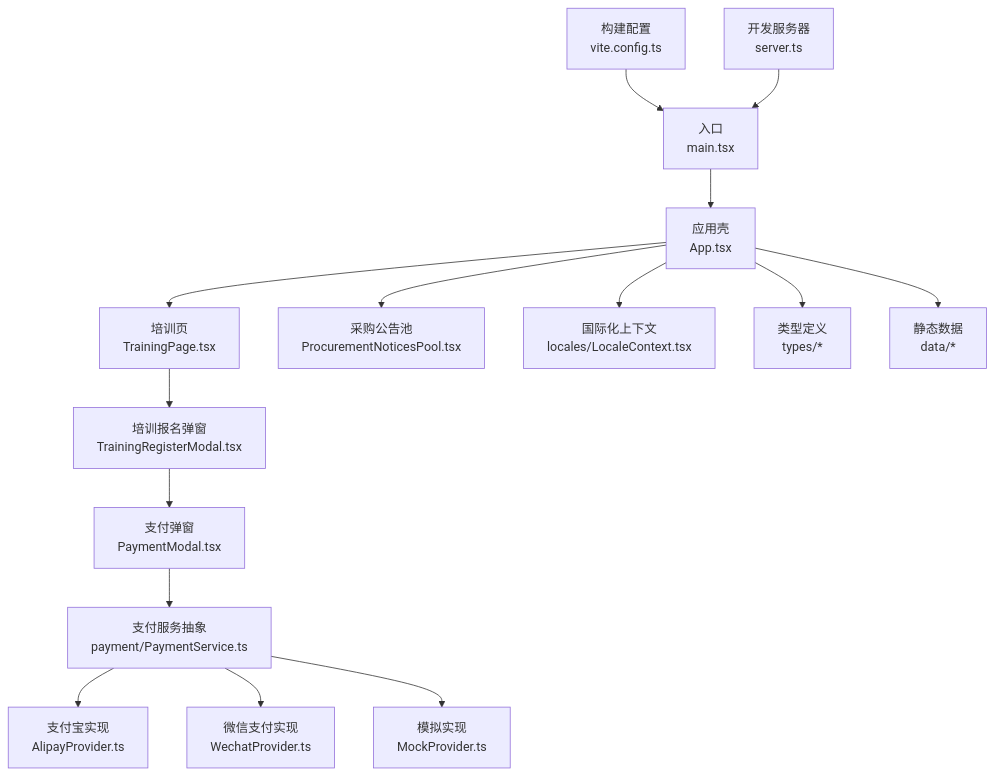
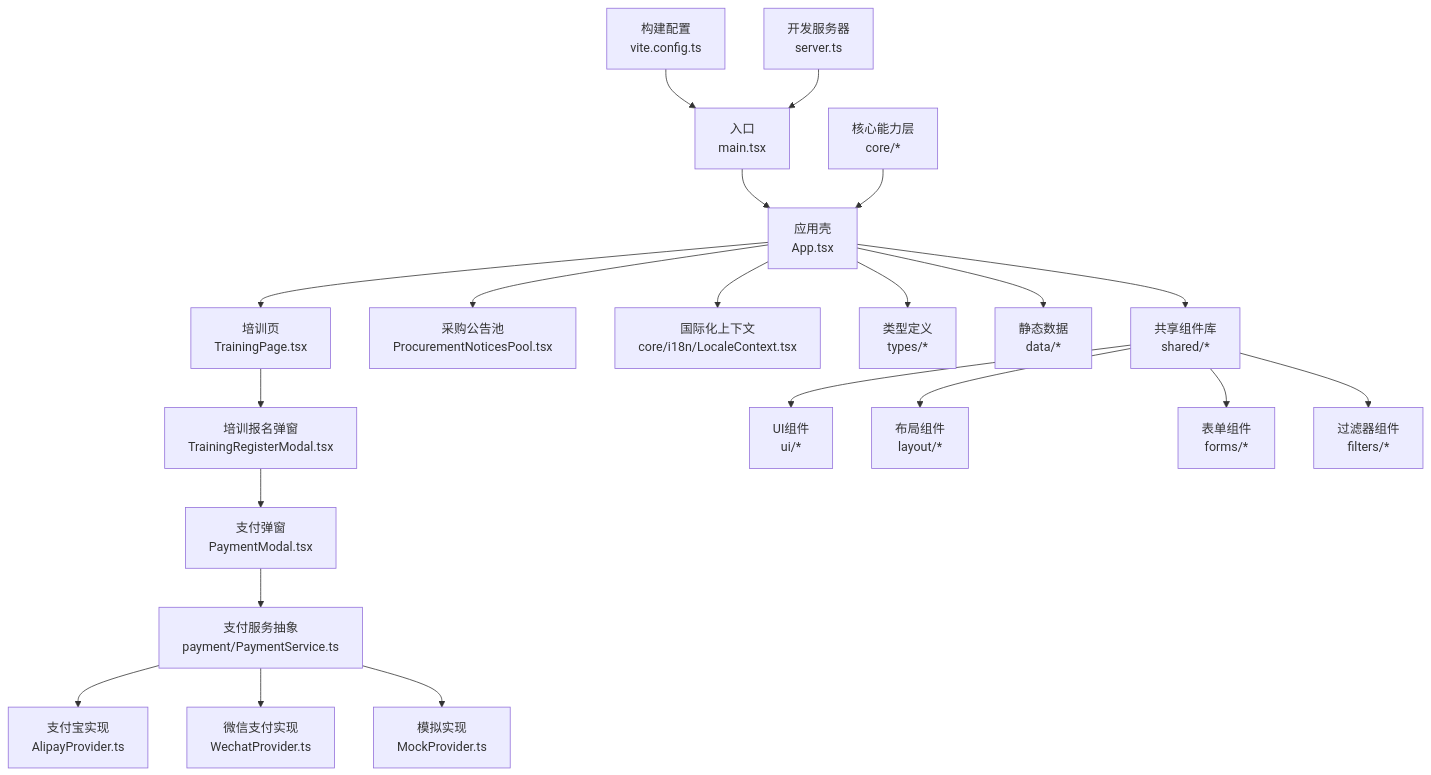
One commit to Hu-Right/supply-os changed the first of 9 diagrams in .qoder/repowiki/zh/content/架构设计/架构设计.md. Above: the diagram before and after it, drawn with Mermaid. The commit also changed other lines of this file and 9 other files, not shown here.

````diff
--- a/.qoder/repowiki/zh/content/架构设计/架构设计.md
+++ b/.qoder/repowiki/zh/content/架构设计/架构设计.md
@@ -68,17 +112,23 @@
 ```mermaid
 graph TB
 A["入口<br/>main.tsx"] --> B["应用壳<br/>App.tsx"]
 B --> C["培训页<br/>TrainingPage.tsx"]
 B --> D["采购公告池<br/>ProcurementNoticesPool.tsx"]
 C --> E["培训报名弹窗<br/>TrainingRegisterModal.tsx"]
 E --> F["支付弹窗<br/>PaymentModal.tsx"]
 F --> G["支付服务抽象<br/>payment/PaymentService.ts"]
 G --> H["支付宝实现<br/>AlipayProvider.ts"]
 G --> I["微信支付实现<br/>WechatProvider.ts"]
 G --> J["模拟实现<br/>MockProvider.ts"]
-B --> K["国际化上下文<br/>locales/LocaleContext.tsx"]
+B --> K["国际化上下文<br/>core/i18n/LocaleContext.tsx"]
 B --> L["类型定义<br/>types/*"]
 B --> M["静态数据<br/>data/*"]
-N["构建配置<br/>vite.config.ts"] --> A
-O["开发服务器<br/>server.ts"] --> A
+B --> N["共享组件库<br/>shared/*"]
+N --> O["UI组件<br/>ui/*"]
+N --> P["布局组件<br/>layout/*"]
+N --> Q["表单组件<br/>forms/*"]
+N --> R["过滤器组件<br/>filters/*"]
+S["构建配置<br/>vite.config.ts"] --> A
+T["开发服务器<br/>server.ts"] --> A
+U["核心能力层<br/>core/*"] --> B
 ```
````
